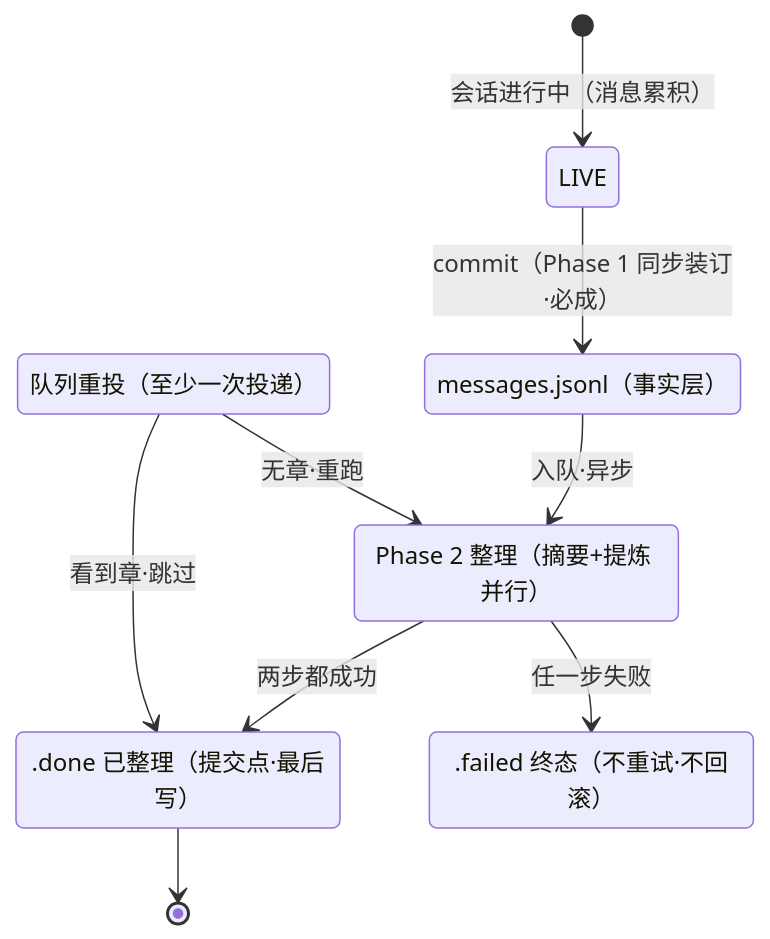
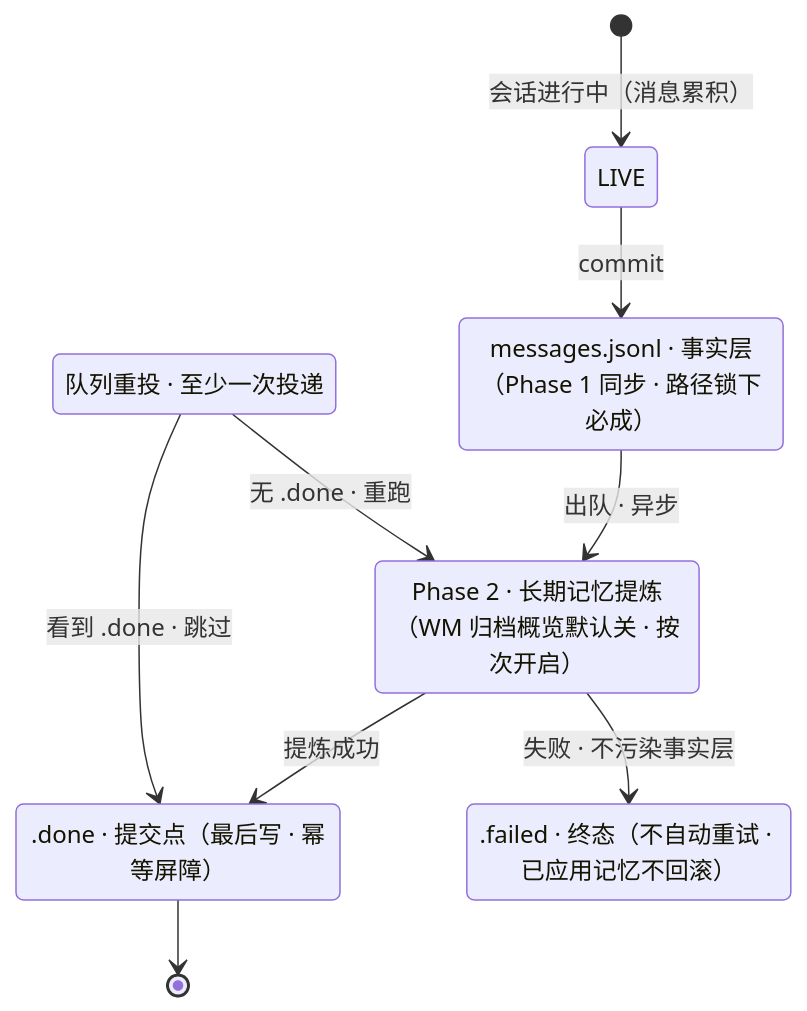
One commit to ThreeFish-AI/negentropy changed the diagram in docs/assets/mermaid/cognitive-context/openviking--session-commit-two-phase.mmd. Above: the diagram before and after it, drawn with Mermaid. The commit also changed 84 other files, not shown here.

First line of the commit message:
docs(cognitive-context): 014 §2「一树三相三面」图例与机制解说补全 + 12 图挂载与盲审修复;

```diff
--- a/docs/assets/mermaid/cognitive-context/openviking--session-commit-two-phase.mmd
+++ b/docs/assets/mermaid/cognitive-context/openviking--session-commit-two-phase.mmd
@@ -1,18 +1,19 @@
-%% source: docs/research/cognitive-context/014-openviking.md §6.1（视频 P4）
+%% source: docs/research/cognitive-context/014-openviking.md §6.1（视频 P4 → 修订重绘）
 %% slug: openviking--session-commit-two-phase
 %% type: lifecycle
 %% derived: docs/assets/architecture/cognitive-context/openviking--session-commit-two-phase.html
+%% fix: 2026-10-22 Phase 2 收敛为「长期记忆提炼」（WM 归档概览 v0.5.0 起默认关、按次开启）、去「装订/整理/盖章」喻体为工程直陈；钉点 6227af51
 stateDiagram-v2
   [*] --> LIVE: 会话进行中（消息累积）
-  LIVE --> ARCHIVED: commit（Phase 1 同步装订·必成）
-  state "messages.jsonl（事实层）" as ARCHIVED
-  ARCHIVED --> P2: 入队·异步
-  state "Phase 2 整理（摘要+提炼 并行）" as P2
-  P2 --> DONE: 两步都成功
-  state ".done 已整理（提交点·最后写）" as DONE
-  P2 --> FAILED: 任一步失败
-  state ".failed 终态（不重试·不回滚）" as FAILED
-  REDELIVER --> DONE: 看到章·跳过
-  REDELIVER --> P2: 无章·重跑
-  state "队列重投（至少一次投递）" as REDELIVER
+  LIVE --> ARCHIVED: commit
+  state "messages.jsonl · 事实层（Phase 1 同步 · 路径锁下必成）" as ARCHIVED
+  ARCHIVED --> P2: 出队 · 异步
+  state "Phase 2 · 长期记忆提炼（WM 归档概览默认关 · 按次开启）" as P2
+  P2 --> DONE: 提炼成功
+  state ".done · 提交点（最后写 · 幂等屏障）" as DONE
+  P2 --> FAILED: 失败 · 不污染事实层
+  state ".failed · 终态（不自动重试 · 已应用记忆不回滚）" as FAILED
+  REDELIVER --> DONE: 看到 .done · 跳过
+  REDELIVER --> P2: 无 .done · 重跑
+  state "队列重投 · 至少一次投递" as REDELIVER
   DONE --> [*]
```
